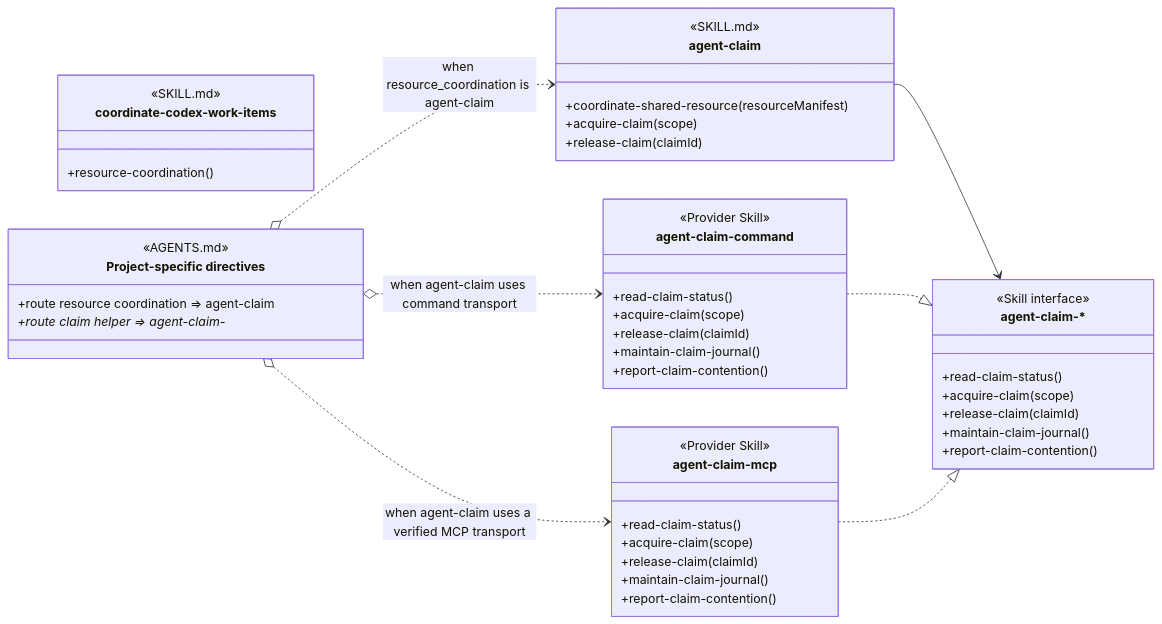
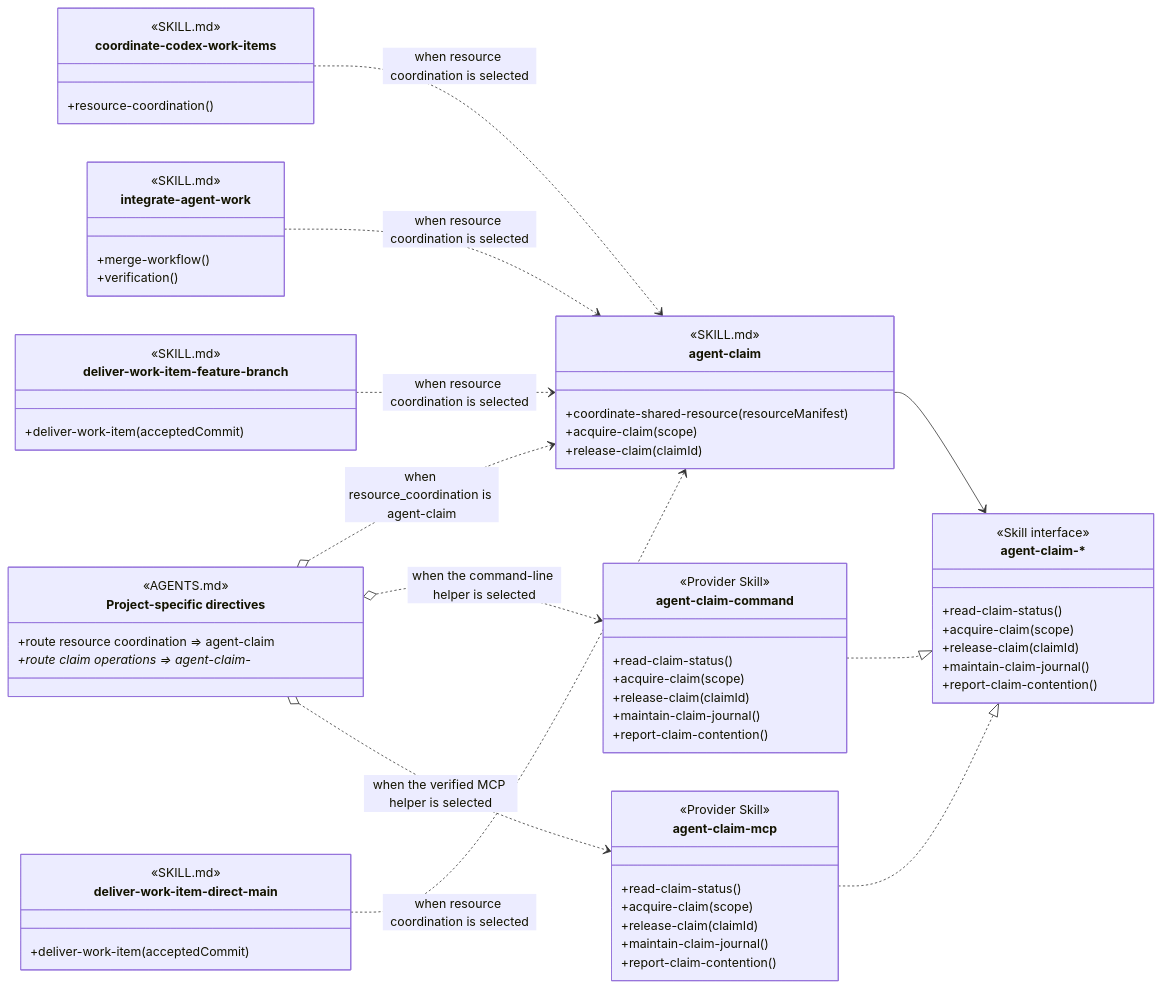
Before and after one commit to martinbechard/dev-methodology: the fifth of 6 diagrams in design/skill-groups/concurrent-tasking.md, drawn with Mermaid. The commit also changed other lines of this file and 8 other files, not shown here.

Commit message:
Clarify agent and skill group dependency views

````diff
--- a/design/skill-groups/concurrent-tasking.md
+++ b/design/skill-groups/concurrent-tasking.md
@@ -286,58 +343,79 @@
 ```mermaid
 classDiagram
     direction LR
 
     class coordinate-codex-work-items {
         <<SKILL.md>>
         <<Agent Skill>>
         +resource-coordination()
     }
 
+    class integrate-agent-work {
+        <<SKILL.md>>
+        <<Agent Skill>>
+        +merge-workflow()
+        +verification()
+    }
+
+    class deliver-work-item-feature-branch {
+        <<SKILL.md>>
+        +deliver-work-item(acceptedCommit)
+    }
+
+    class deliver-work-item-direct-main {
+        <<SKILL.md>>
+        +deliver-work-item(acceptedCommit)
+    }
+
     class project-specific-directives["Project-specific directives"] {
         <<AGENTS.md>>
         <<routing>>
         +route resource coordination => agent-claim
-        +route claim helper => agent-claim-*
+        +route claim operations => agent-claim-*
     }
 
     class agent-claim {
         <<SKILL.md>>
         +coordinate-shared-resource(resourceManifest)
         +acquire-claim(scope)
         +release-claim(claimId)
     }
 
     class ClaimHelper["agent-claim-*"] {
         <<Skill interface>>
         +read-claim-status()
         +acquire-claim(scope)
         +release-claim(claimId)
         +maintain-claim-journal()
         +report-claim-contention()
     }
 
     class agent-claim-command {
         <<Provider Skill>>
         +read-claim-status()
         +acquire-claim(scope)
         +release-claim(claimId)
         +maintain-claim-journal()
         +report-claim-contention()
     }
 
     class agent-claim-mcp {
         <<Provider Skill>>
         +read-claim-status()
         +acquire-claim(scope)
         +release-claim(claimId)
         +maintain-claim-journal()
         +report-claim-contention()
     }
 
     project-specific-directives o..> agent-claim : when resource_coordination is agent-claim
-    project-specific-directives o..> agent-claim-command : when agent-claim uses command transport
-    project-specific-directives o..> agent-claim-mcp : when agent-claim uses a verified MCP transport
+    project-specific-directives o..> agent-claim-command : when the command-line helper is selected
+    project-specific-directives o..> agent-claim-mcp : when the verified MCP helper is selected
+    coordinate-codex-work-items ..> agent-claim : when resource coordination is selected
+    integrate-agent-work ..> agent-claim : when resource coordination is selected
+    deliver-work-item-feature-branch ..> agent-claim : when resource coordination is selected
+    deliver-work-item-direct-main ..> agent-claim : when resource coordination is selected
     agent-claim --> ClaimHelper
     agent-claim-command ..|> ClaimHelper
     agent-claim-mcp ..|> ClaimHelper
 ```
````
